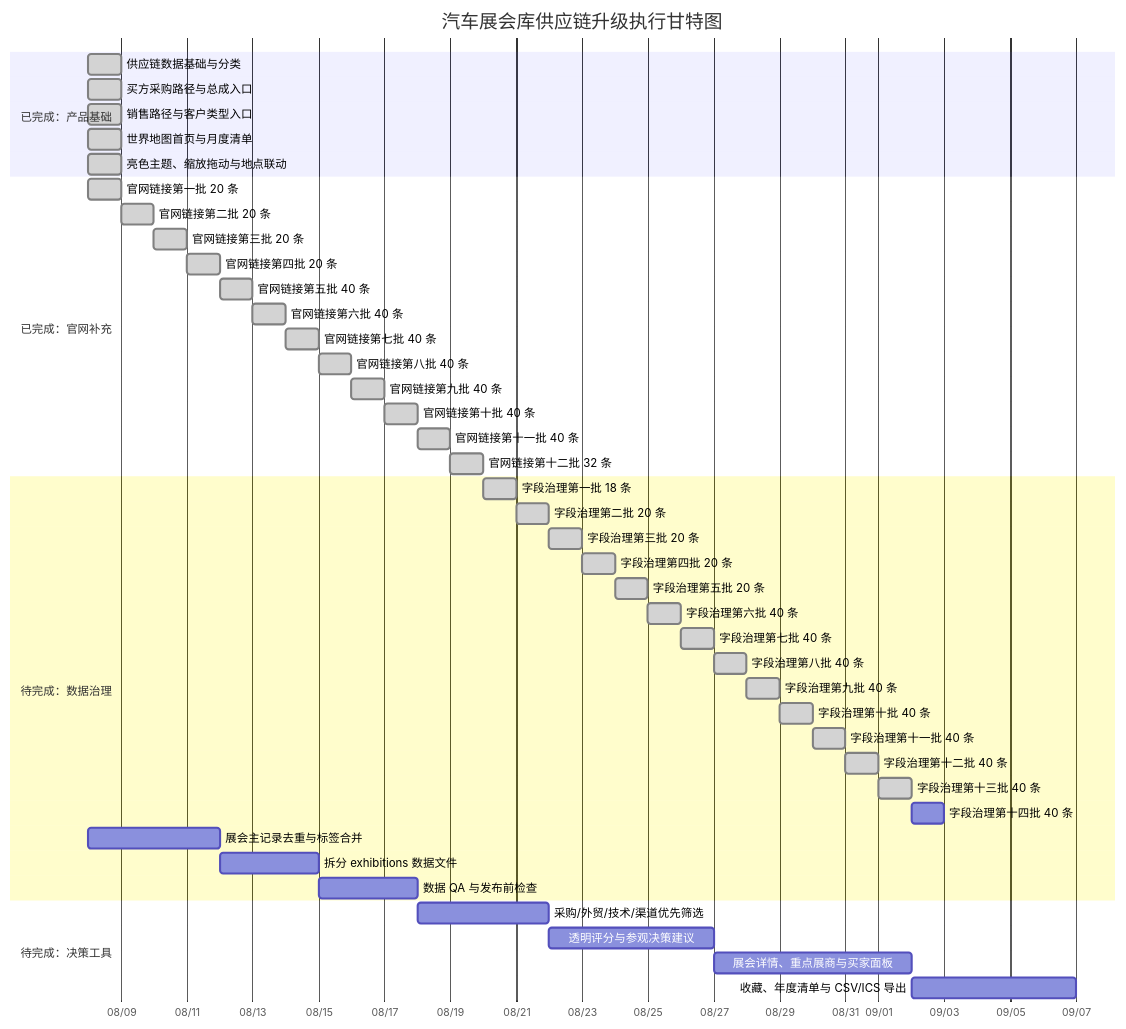
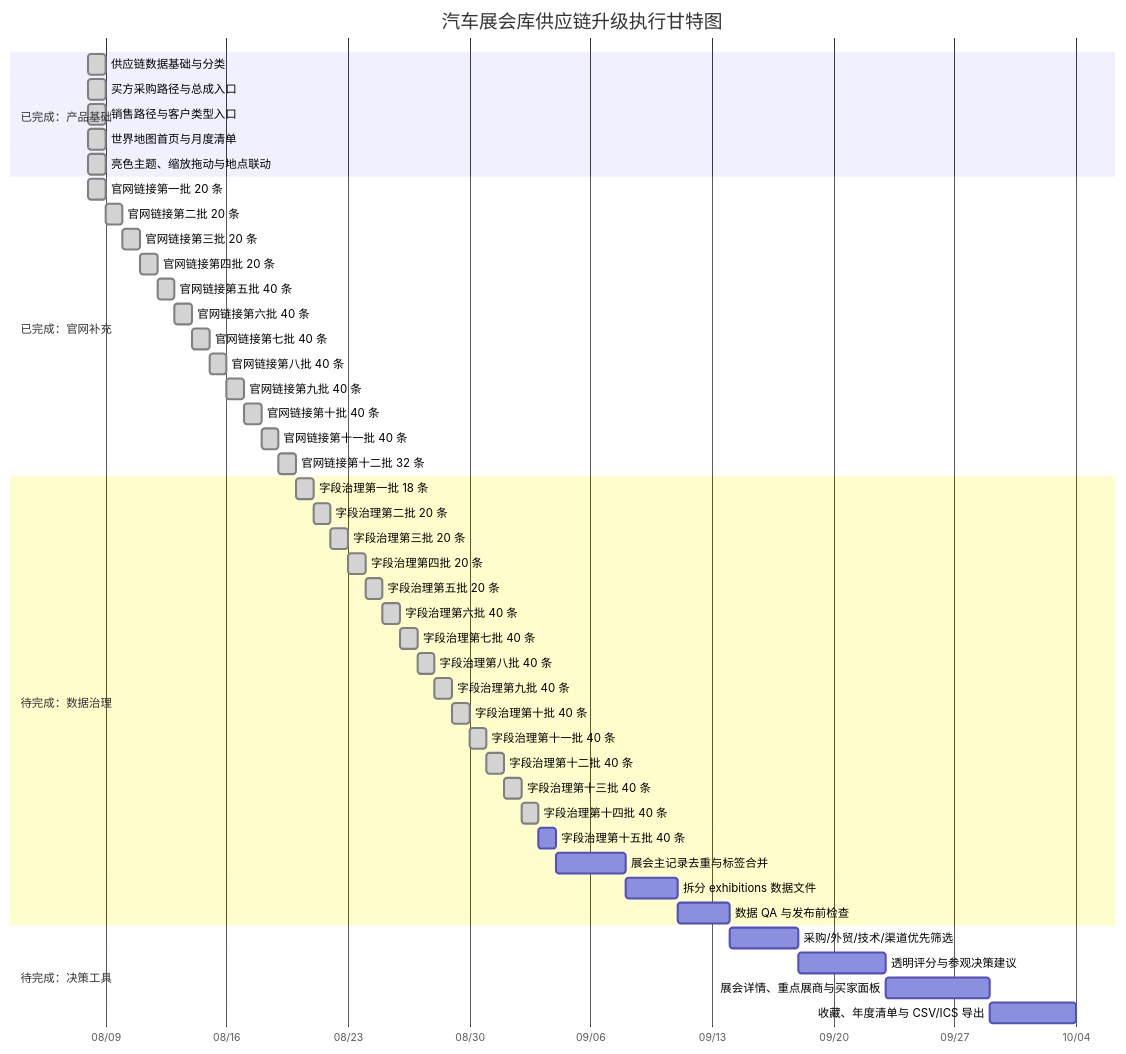
The diagram in docs/PROJECT_PROGRESS.md (Cloudyluk/auto-expo), drawn with Mermaid before and after one commit. The commit also changed other lines of this file and 3 other files, not shown here.

````diff
--- a/docs/PROJECT_PROGRESS.md
+++ b/docs/PROJECT_PROGRESS.md
@@ -20,48 +20,49 @@
 ```mermaid
 gantt
     title 汽车展会库供应链升级执行甘特图
     dateFormat  YYYY-MM-DD
     axisFormat  %m/%d
     section 已完成：产品基础
     供应链数据基础与分类             :done, foundation, 2026-08-08, 1d
     买方采购路径与总成入口           :done, buyer, 2026-08-08, 1d
     销售路径与客户类型入口           :done, seller, 2026-08-08, 1d
     世界地图首页与月度清单           :done, map, 2026-08-08, 1d
     亮色主题、缩放拖动与地点联动     :done, interaction, 2026-08-08, 1d
     section 已完成：官网补充
     官网链接第一批 20 条             :done, links1, 2026-08-08, 1d
     官网链接第二批 20 条             :done, links2, after links1, 1d
     官网链接第三批 20 条             :done, links3, after links2, 1d
     官网链接第四批 20 条             :done, links4, after links3, 1d
     官网链接第五批 40 条             :done, links5done, after links4, 1d
     官网链接第六批 40 条             :done, links6done, after links5done, 1d
     官网链接第七批 40 条             :done, links7done, after links6done, 1d
     官网链接第八批 40 条             :done, links8done, after links7done, 1d
     官网链接第九批 40 条             :done, links9done, after links8done, 1d
     官网链接第十批 40 条             :done, links10done, after links9done, 1d
     官网链接第十一批 40 条           :done, links11done, after links10done, 1d
     官网链接第十二批 32 条           :done, links12done, after links11done, 1d
     section 待完成：数据治理
     字段治理第一批 18 条             :done, fields1, after links12done, 1d
     字段治理第二批 20 条             :done, fields2, after fields1, 1d
     字段治理第三批 20 条             :done, fields3, after fields2, 1d
     字段治理第四批 20 条             :done, fields4, after fields3, 1d
     字段治理第五批 20 条             :done, fields5, after fields4, 1d
     字段治理第六批 40 条             :done, fields6, after fields5, 1d
     字段治理第七批 40 条             :done, fields7, after fields6, 1d
     字段治理第八批 40 条             :done, fields8, after fields7, 1d
     字段治理第九批 40 条             :done, fields9, after fields8, 1d
     字段治理第十批 40 条             :done, fields10, after fields9, 1d
     字段治理第十一批 40 条           :done, fields11, after fields10, 1d
     字段治理第十二批 40 条           :done, fields12, after fields11, 1d
     字段治理第十三批 40 条           :done, fields13, after fields12, 1d
-    字段治理第十四批 40 条           :fields14, after fields13, 1d
-    展会主记录去重与标签合并         :dedupe, after fields, 4d
+    字段治理第十四批 40 条           :done, fields14, after fields13, 1d
+    字段治理第十五批 40 条           :fields15, after fields14, 1d
+    展会主记录去重与标签合并         :dedupe, after fields15, 4d
     拆分 exhibitions 数据文件        :split, after dedupe, 3d
     数据 QA 与发布前检查              :qa, after split, 3d
     section 待完成：决策工具
     采购/外贸/技术/渠道优先筛选       :filters, after qa, 4d
     透明评分与参观决策建议           :score, after filters, 5d
     展会详情、重点展商与买家面板      :detail, after score, 6d
     收藏、年度清单与 CSV/ICS 导出     :plan, after detail, 5d
 ```
````
